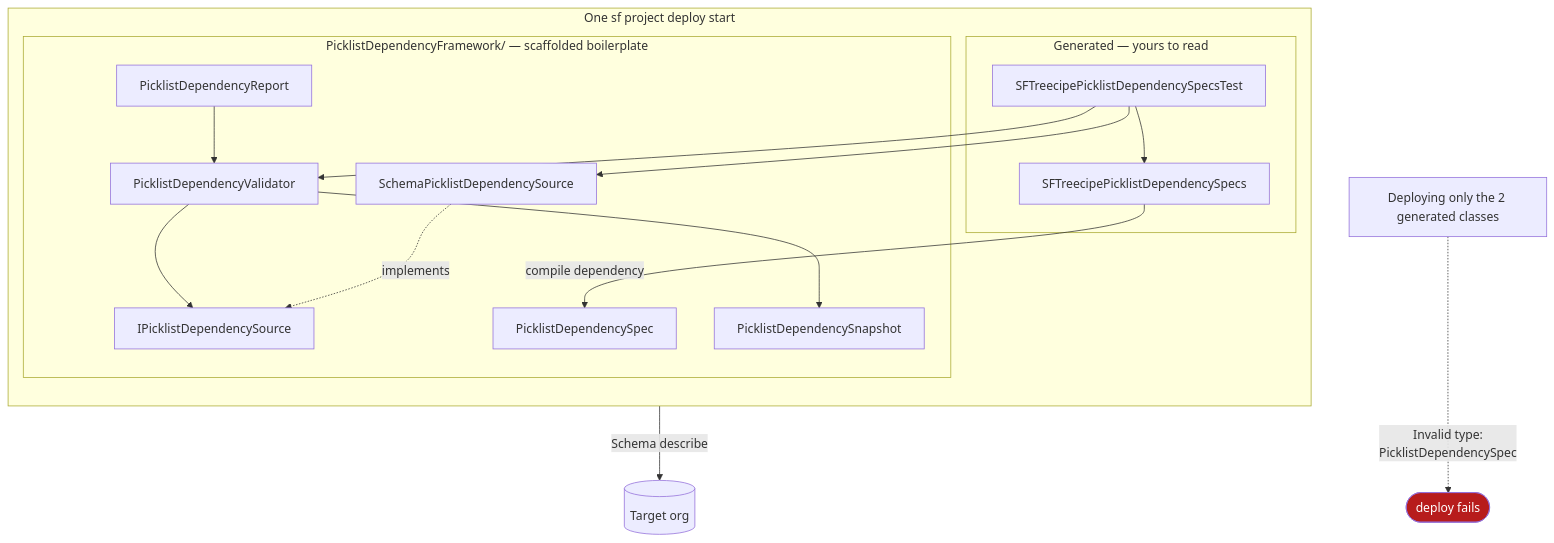
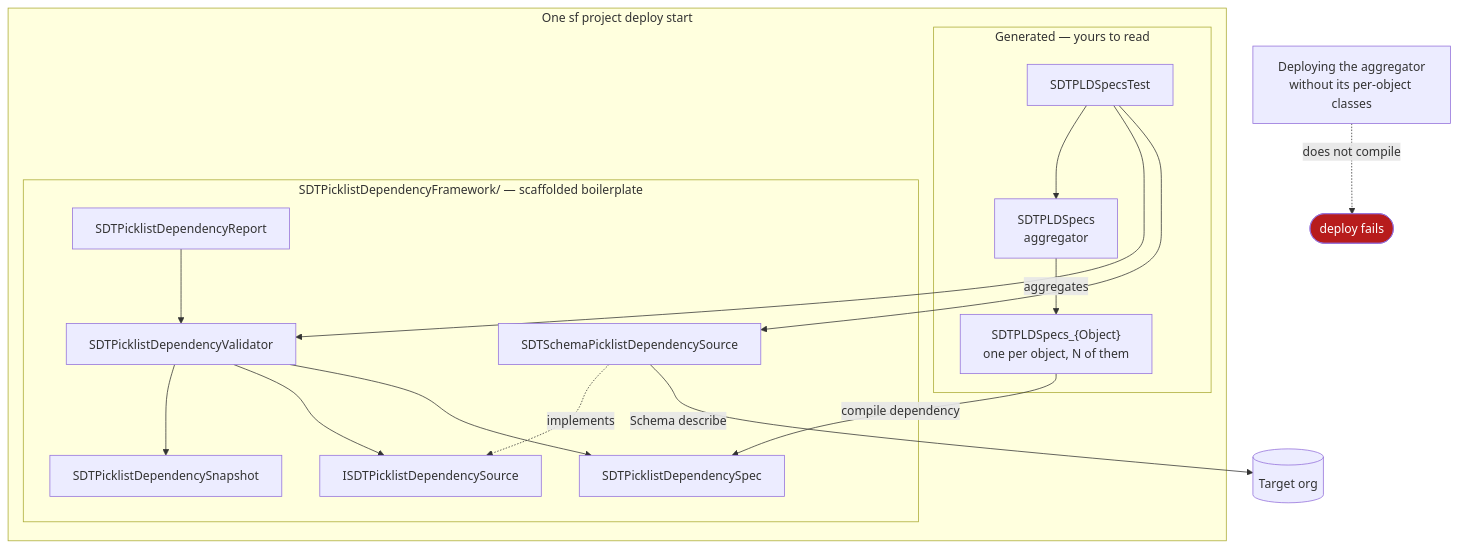
One commit to jdschleicher/Salesforce-Data-Treecipe changed the sixth of 8 diagrams in scripts/picklist-dependency-demo/PICKLIST-DEPENDENCY-FLOW.md. Above: the diagram before and after it, drawn with Mermaid. The commit also changed other lines of this file and 1 other file, not shown here.

First line of the commit message:
docs: add picklist dependency flow diagrams, updated for v3.0.0, plus a staleness guard

````diff
--- a/scripts/picklist-dependency-demo/PICKLIST-DEPENDENCY-FLOW.md
+++ b/scripts/picklist-dependency-demo/PICKLIST-DEPENDENCY-FLOW.md
@@ -245,31 +251,33 @@
 ```mermaid
 flowchart TB
     subgraph tx["One sf project deploy start"]
-        direction TB
         subgraph gen["Generated — yours to read"]
-            SPECS["SFTreecipePicklistDependencySpecs"]
-            TEST["SFTreecipePicklistDependencySpecsTest"]
+            PER["SDTPLDSpecs_{Object}<br/>one per object, N of them"]
+            SPECS["SDTPLDSpecs<br/>aggregator"]
+            TEST["SDTPLDSpecsTest"]
         end
-        subgraph fw["PicklistDependencyFramework/ — scaffolded boilerplate"]
-            I["IPicklistDependencySource"]
-            SPEC["PicklistDependencySpec"]
-            SNAP["PicklistDependencySnapshot"]
-            REP["PicklistDependencyReport"]
-            VAL["PicklistDependencyValidator"]
-            SRC["SchemaPicklistDependencySource"]
+        subgraph fw["SDTPicklistDependencyFramework/ — scaffolded boilerplate"]
+            I["ISDTPicklistDependencySource"]
+            SPEC["SDTPicklistDependencySpec"]
+            SNAP["SDTPicklistDependencySnapshot"]
+            REP["SDTPicklistDependencyReport"]
+            VAL["SDTPicklistDependencyValidator"]
+            SRC["SDTSchemaPicklistDependencySource"]
         end
     end
 
-    SPECS -->|"compile dependency"| SPEC
+    PER -->|"compile dependency"| SPEC
+    SPECS -->|"aggregates"| PER
     TEST --> SPECS
     TEST --> VAL
     TEST --> SRC
     VAL --> SNAP
     VAL --> I
+    VAL --> SPEC
     REP --> VAL
     SRC -.->|"implements"| I
     SRC -->|"Schema describe"| ORG[("Target org")]
 
-    BAD["Deploying only the 2 generated classes"] -.->|"Invalid type:<br/>PicklistDependencySpec"| FAILS(["deploy fails"])
+    BAD["Deploying the aggregator<br/>without its per-object classes"] -.->|"does not compile"| FAILS(["deploy fails"])
     style FAILS fill:#b71c1c,color:#fff
 ```
````
